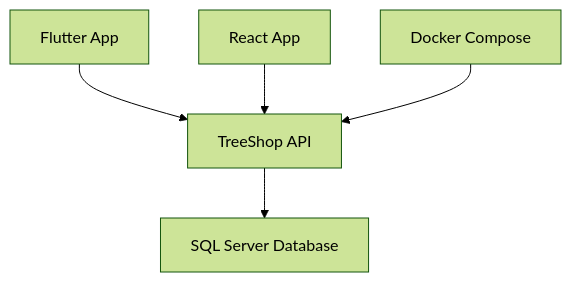
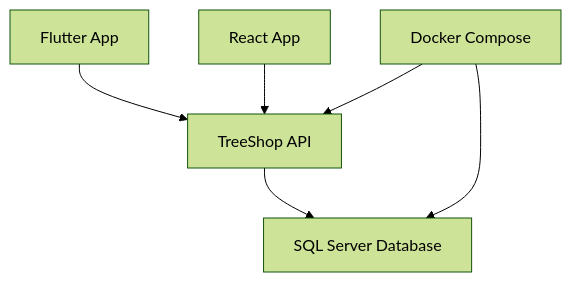
One commit to TranMinh0903/TreeShop changed the diagram in Readme.md. Above: the diagram before and after it, drawn with Mermaid (forest theme). The commit also changed other lines of this file and 4 other files, not shown here.

````diff
--- a/Readme.md
+++ b/Readme.md
@@ -45,7 +45,8 @@
 ```mermaid
 graph TD
     A[Flutter App] --> C[TreeShop API]
     B[React App] --> C[TreeShop API]
     C --> D[SQL Server Database]
     E[Docker Compose] --> C
+    E --> D
 ```
````
